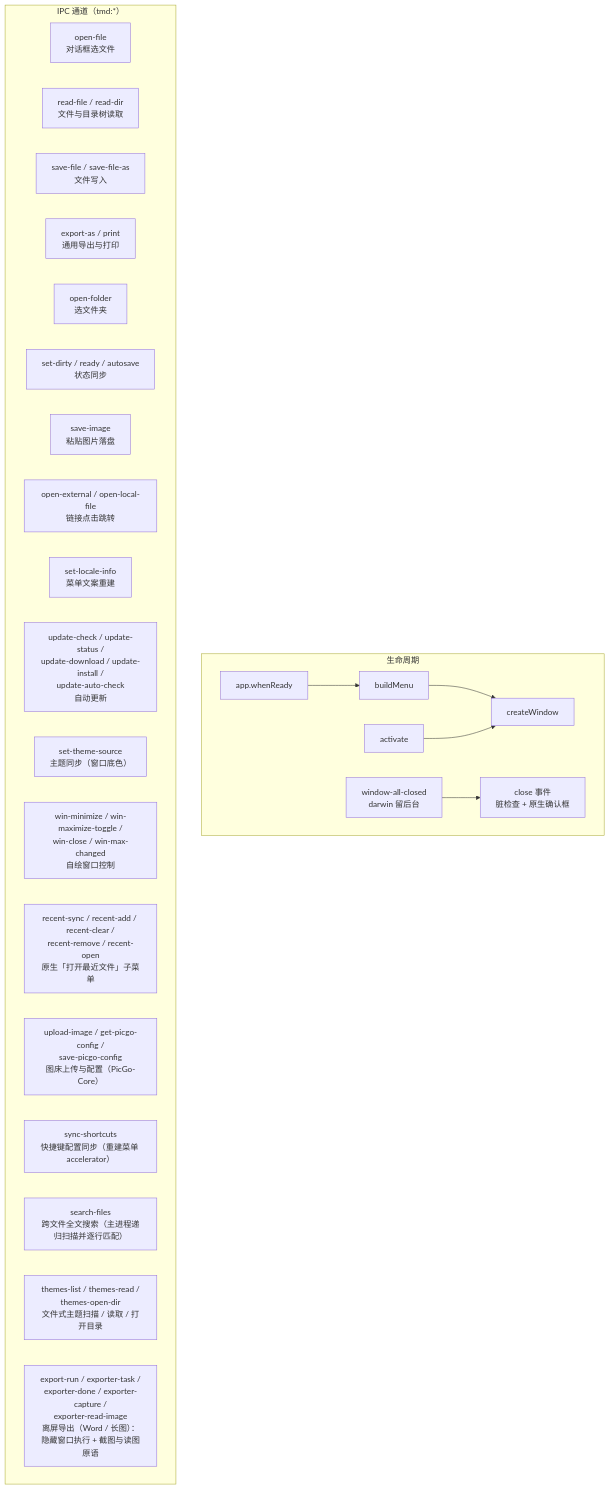
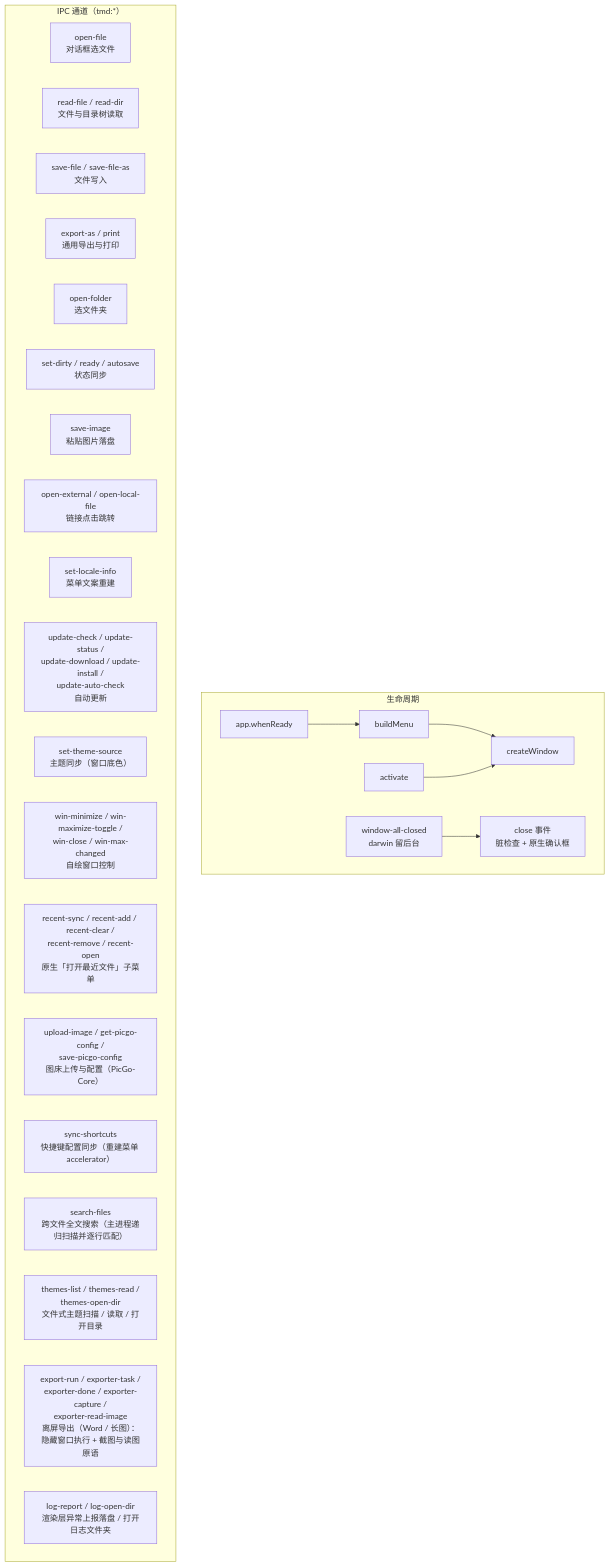
Before and after one commit to ChiangyangNPU/tmd: the fourth of 4 diagrams in docs/架构设计.md, drawn with Mermaid. The commit also changed other lines of this file and 24 other files, not shown here.

````diff
--- a/docs/架构设计.md
+++ b/docs/架构设计.md
@@ -209,29 +209,30 @@
 ```mermaid
 flowchart TB
     subgraph 生命周期
         L1[app.whenReady] --> L2[buildMenu] --> L3[createWindow]
         L4[activate] --> L3
         L5[window-all-closed<br/>darwin 留后台] --> L6[close 事件<br/>脏检查 + 原生确认框]
     end
 
     subgraph IPC["IPC 通道（tmd:*）"]
         C1[open-file<br/>对话框选文件]
         C2[read-file / read-dir<br/>文件与目录树读取]
         C3[save-file / save-file-as<br/>文件写入]
         C4[export-as / print<br/>通用导出与打印]
         C5[open-folder<br/>选文件夹]
         C6[set-dirty / ready / autosave<br/>状态同步]
         C7[save-image<br/>粘贴图片落盘]
         C7B[open-external / open-local-file<br/>链接点击跳转]
         C8[set-locale-info<br/>菜单文案重建]
         C9[update-check / update-status /<br/>update-download / update-install /<br/>update-auto-check<br/>自动更新]
         C10[set-theme-source<br/>主题同步（窗口底色）]
         C11[win-minimize / win-maximize-toggle /<br/>win-close / win-max-changed<br/>自绘窗口控制]
         C12[recent-sync / recent-add / recent-clear /<br/>recent-remove / recent-open<br/>原生「打开最近文件」子菜单]
         C13[upload-image / get-picgo-config /<br/>save-picgo-config<br/>图床上传与配置（PicGo-Core）]
         C14[sync-shortcuts<br/>快捷键配置同步（重建菜单 accelerator）]
         C15[search-files<br/>跨文件全文搜索（主进程递归扫描并逐行匹配）]
         C16[themes-list / themes-read /<br/>themes-open-dir<br/>文件式主题扫描 / 读取 / 打开目录]
         C17[export-run / exporter-task /<br/>exporter-done / exporter-capture /<br/>exporter-read-image<br/>离屏导出（Word / 长图）：隐藏窗口执行 + 截图与读图原语]
+        C18[log-report / log-open-dir<br/>渲染层异常上报落盘 / 打开日志文件夹]
     end
 ```
````
